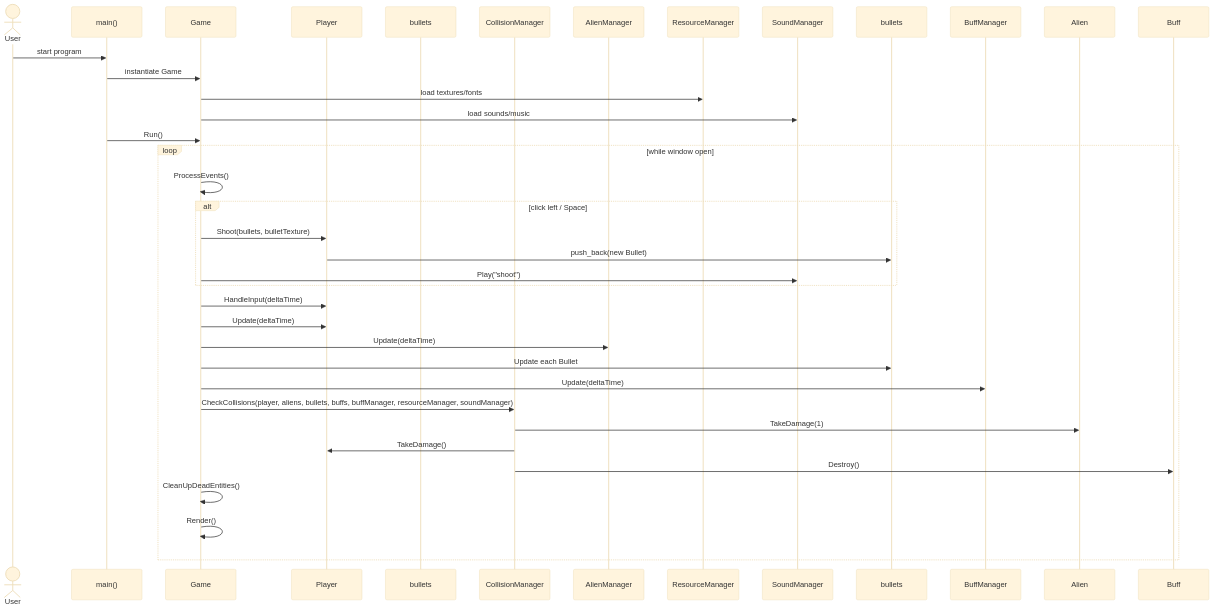
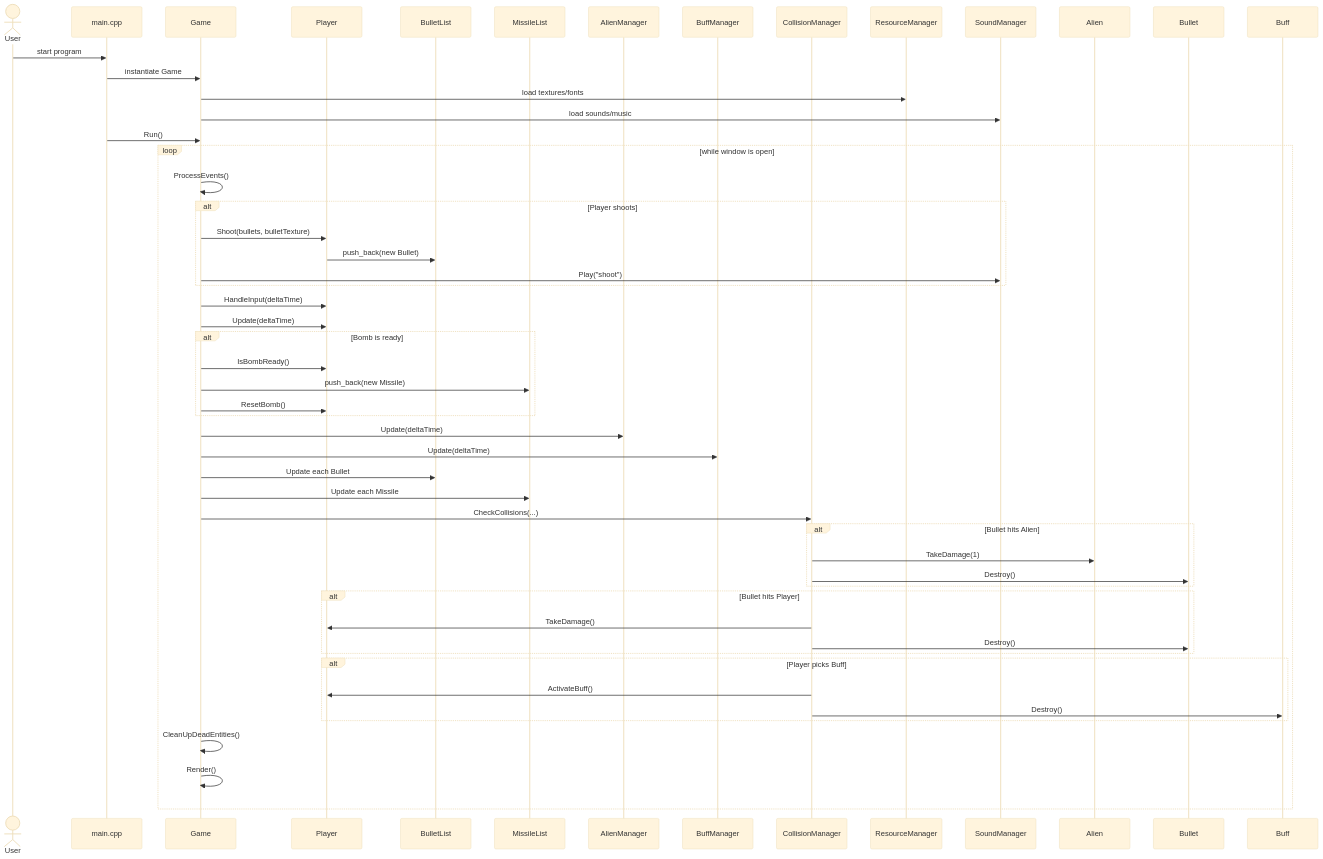
Before and after one commit to dnvinh2402/oop: the second of 9 diagrams in UML/uml_diagrams.md, drawn with Mermaid (base theme). The commit also changed other lines of this file and 6 other files, not shown here.

````diff
--- a/UML/uml_diagrams.md
+++ b/UML/uml_diagrams.md
@@ -258,36 +360,67 @@
 ```mermaid
 sequenceDiagram
     actor User
-    participant main.cpp as main()
+    participant Main as main.cpp
     participant Game
     participant Player
-    participant BulletList as bullets
+    participant Bullets as BulletList
+    participant MissileList
+    participant AlienManager
+    participant BuffManager
     participant Collision as CollisionManager
-    participant AlienManager
 
-    User ->> main.cpp: start program
-    main.cpp ->> Game: instantiate Game
+    User ->> Main: start program
+    Main ->> Game: instantiate Game
+
     Game ->> ResourceManager: load textures/fonts
     Game ->> SoundManager: load sounds/music
-    main.cpp ->> Game: Run()
 
-    loop while window open
+    Main ->> Game: Run()
+
+    loop while window is open
+
         Game ->> Game: ProcessEvents()
-        alt click left / Space
+
+        alt Player shoots
             Game ->> Player: Shoot(bullets, bulletTexture)
-            Player ->> bullets: push_back(new Bullet)
+            Player ->> Bullets: push_back(new Bullet)
             Game ->> SoundManager: Play("shoot")
         end
+
         Game ->> Player: HandleInput(deltaTime)
         Game ->> Player: Update(deltaTime)
+
+        alt Bomb is ready
+            Game ->> Player: IsBombReady()
+            Game ->> MissileList: push_back(new Missile)
+            Game ->> Player: ResetBomb()
+        end
+
         Game ->> AlienManager: Update(deltaTime)
-        Game ->> bullets: Update each Bullet
         Game ->> BuffManager: Update(deltaTime)
-        Game ->> Collision: CheckCollisions(player, aliens, bullets, buffs, buffManager, resourceManager, soundManager)
-        Collision ->> Alien: TakeDamage(1)
-        Collision ->> Player: TakeDamage()
-        Collision ->> Buff: Destroy()
+
+        Game ->> Bullets: Update each Bullet
+        Game ->> MissileList: Update each Missile
+
+        Game ->> Collision: CheckCollisions(...)
+
+        alt Bullet hits Alien
+            Collision ->> Alien: TakeDamage(1)
+            Collision ->> Bullet: Destroy()
+        end
+
+        alt Bullet hits Player
+            Collision ->> Player: TakeDamage()
+            Collision ->> Bullet: Destroy()
+        end
+
+        alt Player picks Buff
+            Collision ->> Player: ActivateBuff()
+            Collision ->> Buff: Destroy()
+        end
+
         Game ->> Game: CleanUpDeadEntities()
         Game ->> Game: Render()
+
     end
 ```
````
